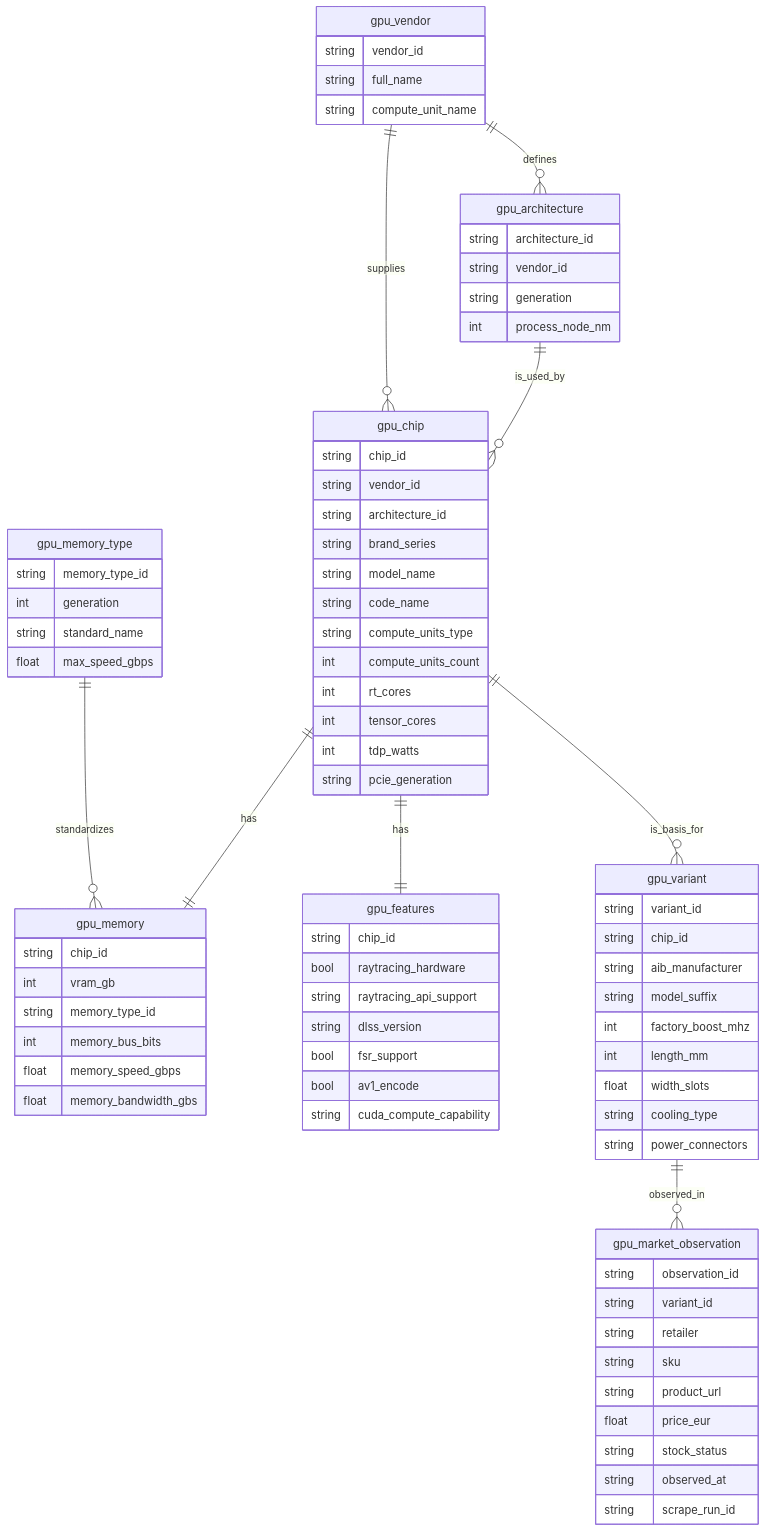
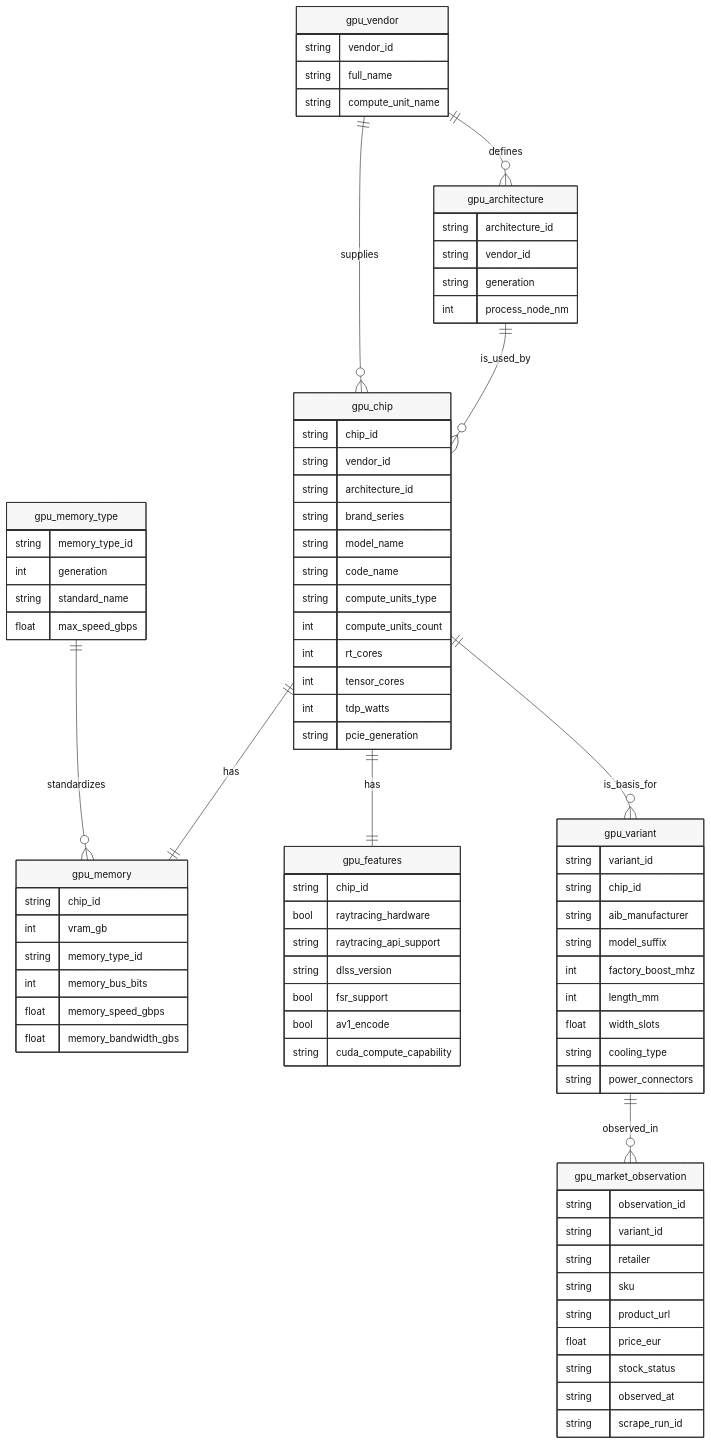
The diagram in domain/gpu/silver.md (edunavata/gpu-bd), drawn with Mermaid before and after one commit.

Commit message:
docs: update mermaid diagram theme to base with custom variables for improved readability

````diff
--- a/domain/gpu/silver.md
+++ b/domain/gpu/silver.md
@@ -24,6 +24,18 @@
 ```mermaid
 %%{init: {
-  "theme": "dark",
+  "theme": "base",
+  "themeVariables": {
+    "background": "#ffffff",
+    "primaryColor": "#f7f7f7",
+    "primaryTextColor": "#111111",
+    "primaryBorderColor": "#2f2f2f",
+    "lineColor": "#444444",
+    "secondaryColor": "#efefef",
+    "tertiaryColor": "#ffffff",
+    "edgeLabelBackground": "#ffffff",
+    "fontFamily": "Verdana, Arial, sans-serif",
+    "fontSize": "14px"
+  }
 }}%%
 erDiagram
     gpu_vendor ||--o{ gpu_architecture : defines
````
